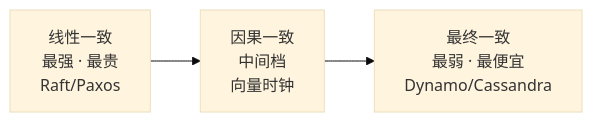
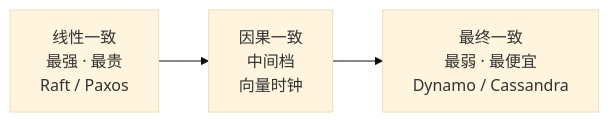
One commit to ml-cuizijun/LearnToLilith changed the third of 11 diagrams in 02-中间件与数据库/06-分布式理论与一致性/知识点.md. Above: the diagram before and after it, drawn with Mermaid (base theme). The commit also changed other lines of this file and 178 other files, not shown here.

````diff
--- a/02-中间件与数据库/06-分布式理论与一致性/知识点.md
+++ b/02-中间件与数据库/06-分布式理论与一致性/知识点.md
@@ -129,5 +131,5 @@
 ```mermaid
 flowchart LR
-    STRONG["线性一致<br/>最强 · 最贵<br/>Raft/Paxos"] --> CAUSAL["因果一致<br/>中间档<br/>向量时钟"]
-    CAUSAL --> WEAK["最终一致<br/>最弱 · 最便宜<br/>Dynamo/Cassandra"]
+    STRONG["线性一致<br/>最强 · 最贵<br/>Raft / Paxos"] --> CAUSAL["因果一致<br/>中间档<br/>向量时钟"]
+    CAUSAL --> WEAK["最终一致<br/>最弱 · 最便宜<br/>Dynamo / Cassandra"]
 ```
````
